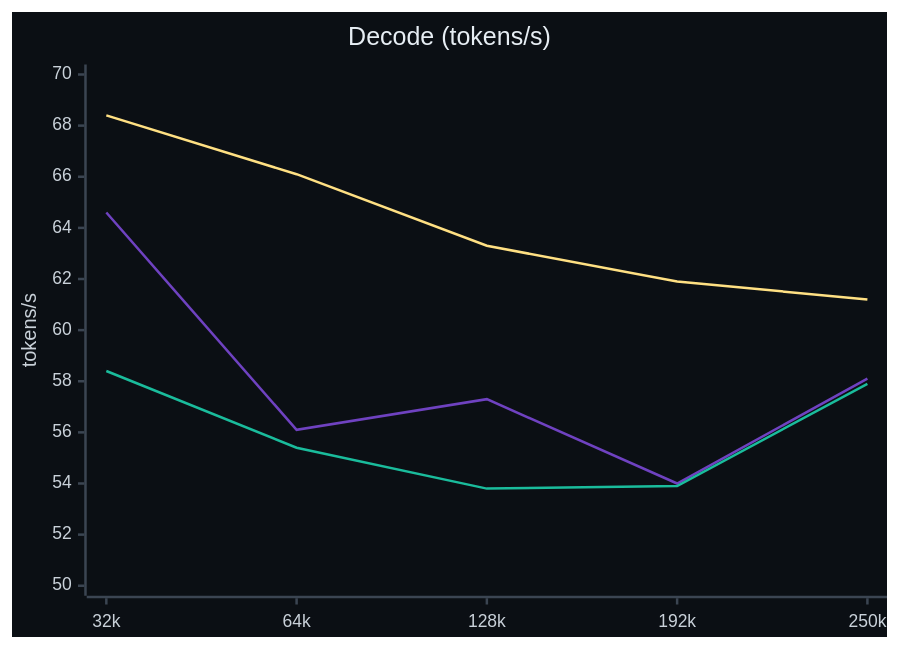
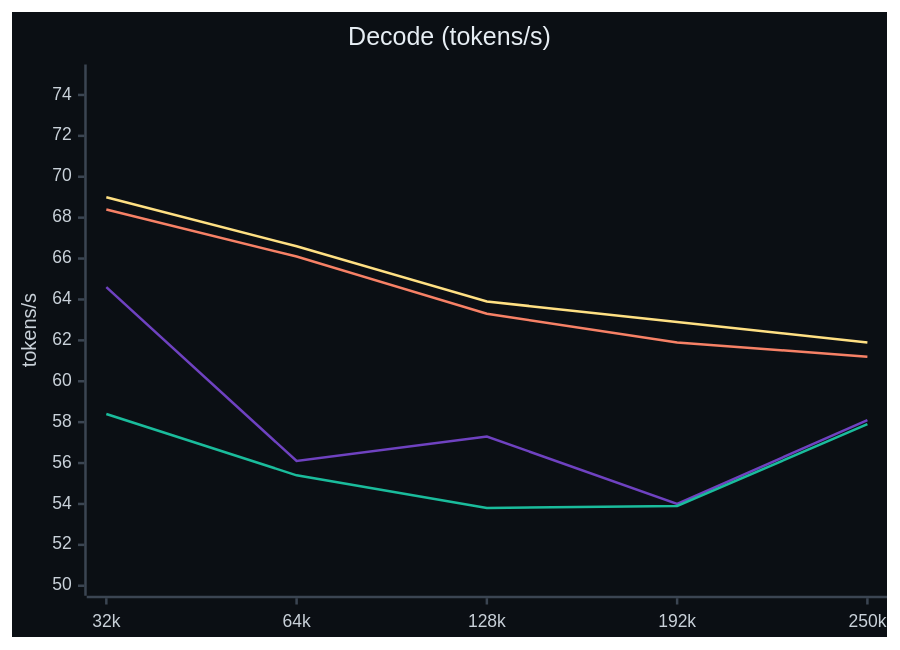
Before and after one commit to jaedync/crucible-strix-halo: the third of 4 diagrams in docs/RESULTS.md, drawn with Mermaid. The commit also changed other lines of this file and 18 other files, not shown here.

````diff
--- a/docs/RESULTS.md
+++ b/docs/RESULTS.md
@@ -135,10 +147,11 @@
 ```mermaid
-%%{init: {"theme": "base", "themeVariables": {"xyChart": {"backgroundColor": "#0b0f14", "titleColor": "#e6edf3", "xAxisLabelColor": "#c9d1d9", "yAxisLabelColor": "#c9d1d9", "xAxisTitleColor": "#c9d1d9", "yAxisTitleColor": "#c9d1d9", "xAxisLineColor": "#3b4552", "yAxisLineColor": "#3b4552", "xAxisTickColor": "#3b4552", "yAxisTickColor": "#3b4552", "plotColorPalette": "#6f42c1, #1abc9c, #ffe083"}}}}%%
+%%{init: {"theme": "base", "themeVariables": {"xyChart": {"backgroundColor": "#0b0f14", "titleColor": "#e6edf3", "xAxisLabelColor": "#c9d1d9", "yAxisLabelColor": "#c9d1d9", "xAxisTitleColor": "#c9d1d9", "yAxisTitleColor": "#c9d1d9", "xAxisLineColor": "#3b4552", "yAxisLineColor": "#3b4552", "xAxisTickColor": "#3b4552", "yAxisTickColor": "#3b4552", "plotColorPalette": "#6f42c1, #1abc9c, #f78166, #ffe083"}}}}%%
 xychart-beta
     title "Decode (tokens/s)"
     x-axis ["32k", "64k", "128k", "192k", "250k"]
-    y-axis "tokens/s" 50 --> 70
+    y-axis "tokens/s" 50 --> 75
     line [64.6, 56.1, 57.3, 54.0, 58.1]
     line [58.4, 55.4, 53.8, 53.9, 57.9]
     line [68.4, 66.1, 63.3, 61.9, 61.2]
+    line [69.0, 66.6, 63.9, 62.9, 61.9]
 ```
````
